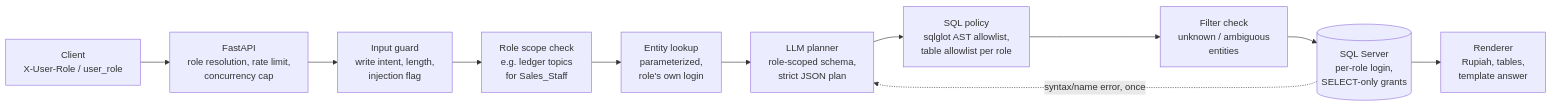
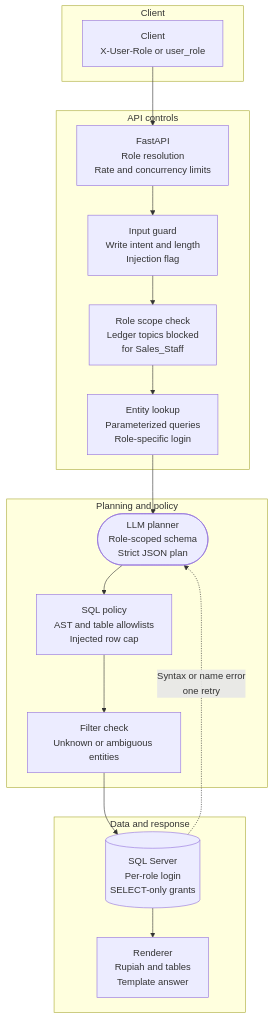
Before and after one commit to Shiverion/techtest: the first of 2 diagrams in README.md, drawn with Mermaid. The commit also changed other lines of this file, not shown here.

Commit message:
docs(readme): redraw system design diagrams in Mermaid

````diff
--- a/README.md
+++ b/README.md
@@ -100,13 +100,27 @@
 ```mermaid
-flowchart LR
-    C[Client<br/>X-User-Role / user_role] --> A[FastAPI<br/>role resolution, rate limit,<br/>concurrency cap]
-    A --> G[Input guard<br/>write intent, length,<br/>injection flag]
-    G --> T[Role scope check<br/>e.g. ledger topics<br/>for Sales_Staff]
-    T --> E[Entity lookup<br/>parameterized,<br/>role's own login]
-    E --> L[LLM planner<br/>role-scoped schema,<br/>strict JSON plan]
-    L --> P[SQL policy<br/>sqlglot AST allowlist,<br/>table allowlist per role]
-    P --> F[Filter check<br/>unknown / ambiguous<br/>entities]
-    F --> D[(SQL Server<br/>per-role login,<br/>SELECT-only grants)]
-    D --> R[Renderer<br/>Rupiah, tables,<br/>template answer]
-    D -. syntax/name error, once .-> L
+flowchart TD
+    subgraph ClientLayer["Client"]
+        C["Client<br/>X-User-Role or user_role"]
+    end
+
+    subgraph ApiLayer["API controls"]
+        A["FastAPI<br/>Role resolution<br/>Rate and concurrency limits"]
+        G["Input guard<br/>Write intent and length<br/>Injection flag"]
+        T["Role scope check<br/>Ledger topics blocked<br/>for Sales_Staff"]
+        E["Entity lookup<br/>Parameterized queries<br/>Role-specific login"]
+    end
+
+    subgraph PlanLayer["Planning and policy"]
+        L(["LLM planner<br/>Role-scoped schema<br/>Strict JSON plan"])
+        P["SQL policy<br/>AST and table allowlists<br/>Injected row cap"]
+        F["Filter check<br/>Unknown or ambiguous entities"]
+    end
+
+    subgraph DataLayer["Data and response"]
+        D[("SQL Server<br/>Per-role login<br/>SELECT-only grants")]
+        R["Renderer<br/>Rupiah and tables<br/>Template answer"]
+    end
+
+    C --> A --> G --> T --> E --> L --> P --> F --> D --> R
+    D -.->|"Syntax or name error<br/>one retry"| L
 ```
````
